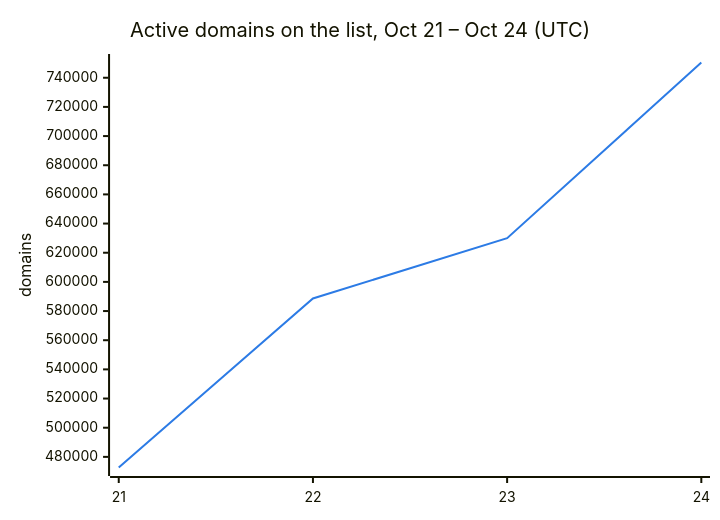
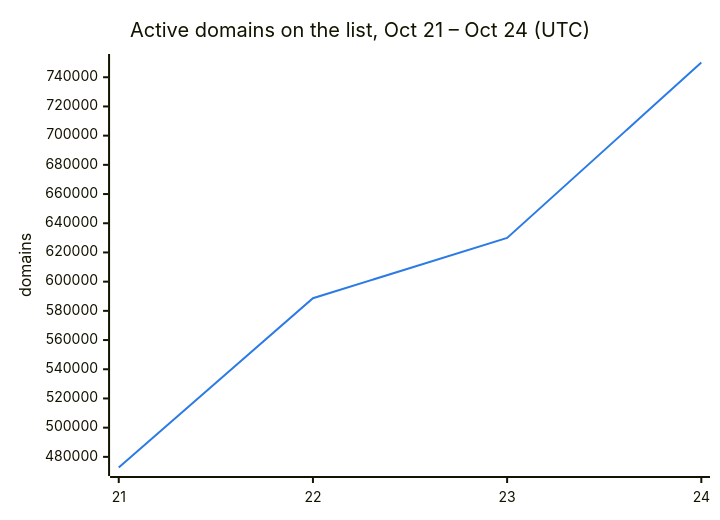
Before and after one commit to DNSBunker/CTI: the second of 3 diagrams in README.md, drawn with Mermaid. The commit also changed other lines of this file and 3 other files, not shown here.

````diff
--- a/README.md
+++ b/README.md
@@ -38,8 +38,8 @@
 ```mermaid
 %%{init: {"themeVariables": {"xyChart": {"plotColorPalette": "#2c7be5"}}}}%%
 xychart-beta
     title "Active domains on the list, Oct 21 – Oct 24 (UTC)"
     x-axis ["21", "22", "23", "24"]
     y-axis "domains"
-    line [472713, 588659, 629951, 750454]
+    line [472713, 588659, 629951, 750098]
 ```
````
